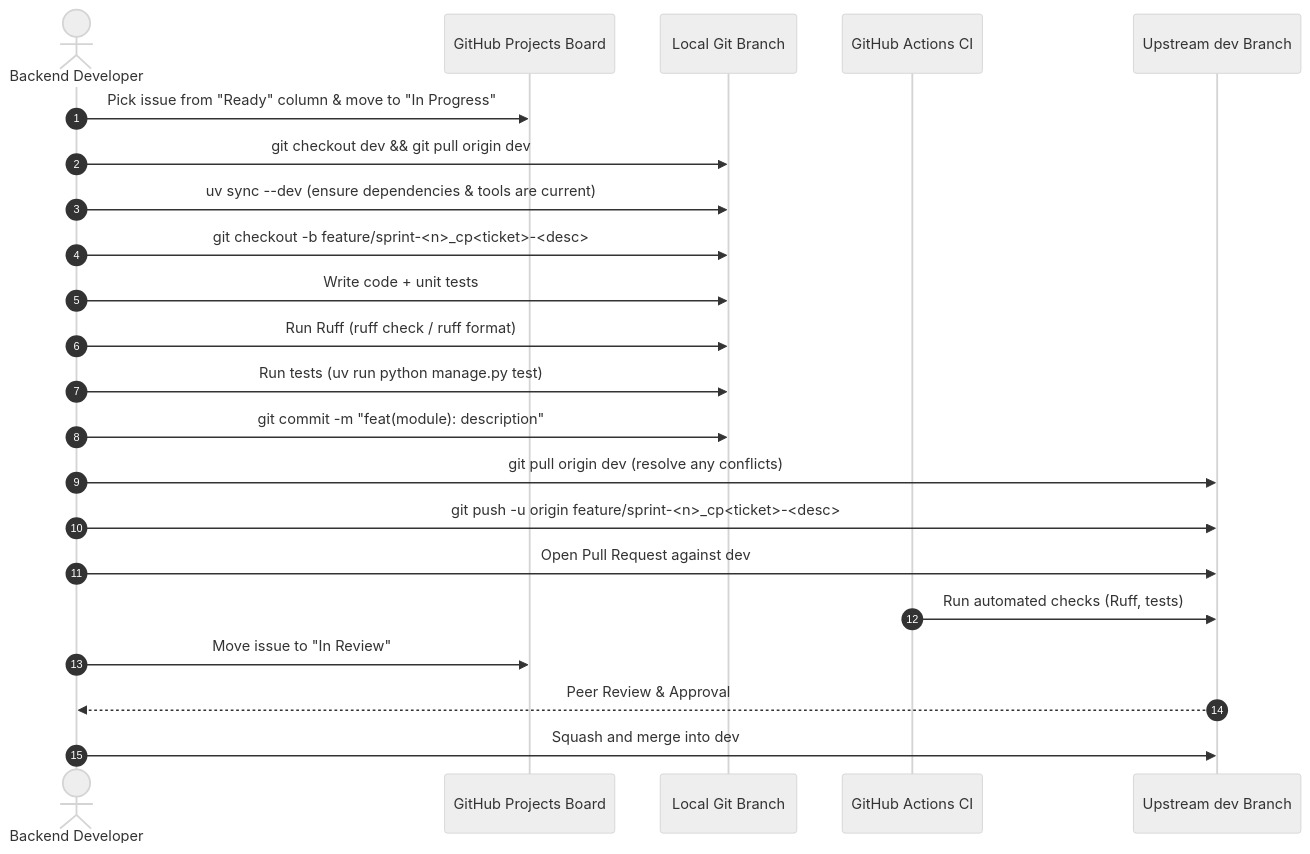
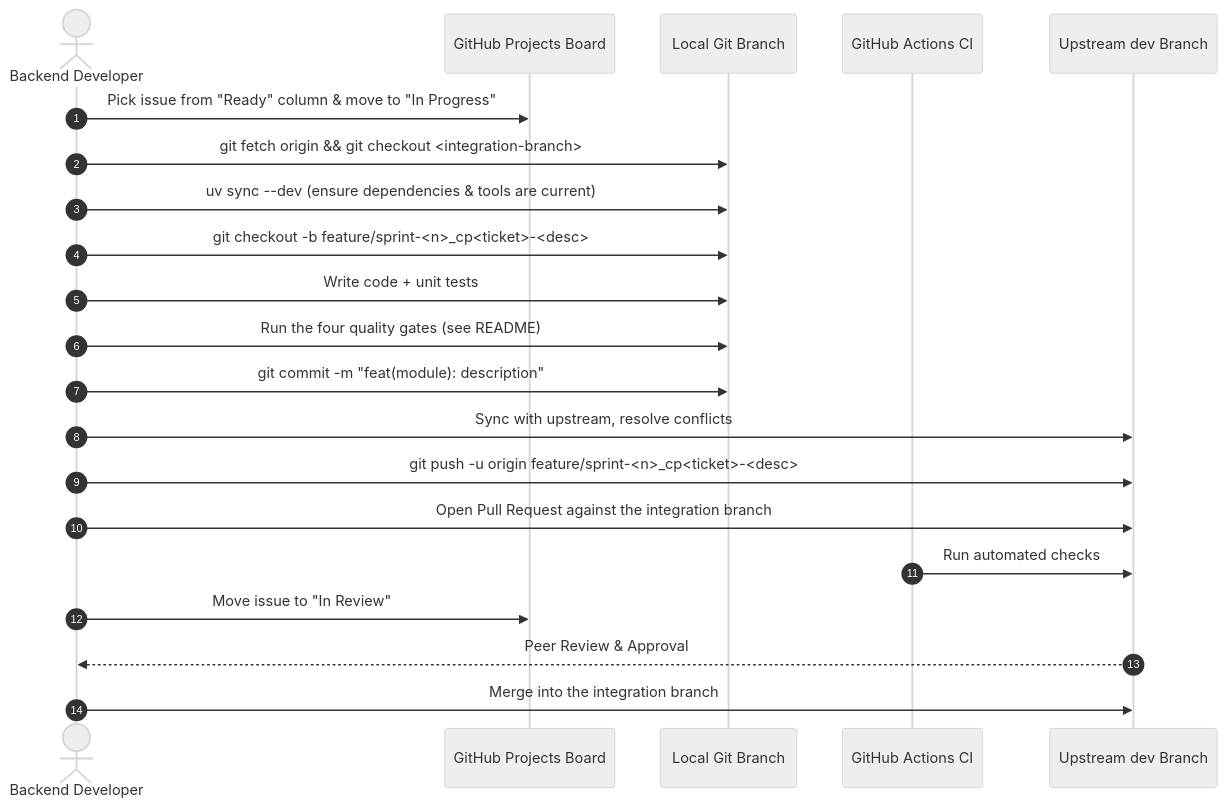
Before and after one commit to pup-swe-team/brb-server: the diagram in CONTRIBUTING.md, drawn with Mermaid (neutral theme). The commit also changed other lines of this file and 4 other files, not shown here.

````diff
--- a/CONTRIBUTING.md
+++ b/CONTRIBUTING.md
@@ -152,25 +62,24 @@
 ```mermaid
 sequenceDiagram
     autonumber
     actor Dev as Backend Developer
     participant Board as GitHub Projects Board
     participant Local as Local Git Branch
     participant CI as GitHub Actions CI
     participant Repo as Upstream dev Branch
 
     Dev->>Board: Pick issue from "Ready" column & move to "In Progress"
-    Dev->>Local: git checkout dev && git pull origin dev
+    Dev->>Local: git fetch origin && git checkout <integration-branch>
     Dev->>Local: uv sync --dev (ensure dependencies & tools are current)
     Dev->>Local: git checkout -b feature/sprint-<n>_cp<ticket>-<desc>
     Dev->>Local: Write code + unit tests
-    Dev->>Local: Run Ruff (ruff check / ruff format)
-    Dev->>Local: Run tests (uv run python manage.py test)
+    Dev->>Local: Run the four quality gates (see README)
     Dev->>Local: git commit -m "feat(module): description"
-    Dev->>Repo: git pull origin dev (resolve any conflicts)
+    Dev->>Repo: Sync with upstream, resolve conflicts
     Dev->>Repo: git push -u origin feature/sprint-<n>_cp<ticket>-<desc>
-    Dev->>Repo: Open Pull Request against dev
-    CI->>Repo: Run automated checks (Ruff, tests)
+    Dev->>Repo: Open Pull Request against the integration branch
+    CI->>Repo: Run automated checks
     Dev->>Board: Move issue to "In Review"
     Repo-->>Dev: Peer Review & Approval
-    Dev->>Repo: Squash and merge into dev
+    Dev->>Repo: Merge into the integration branch
 ```
````
